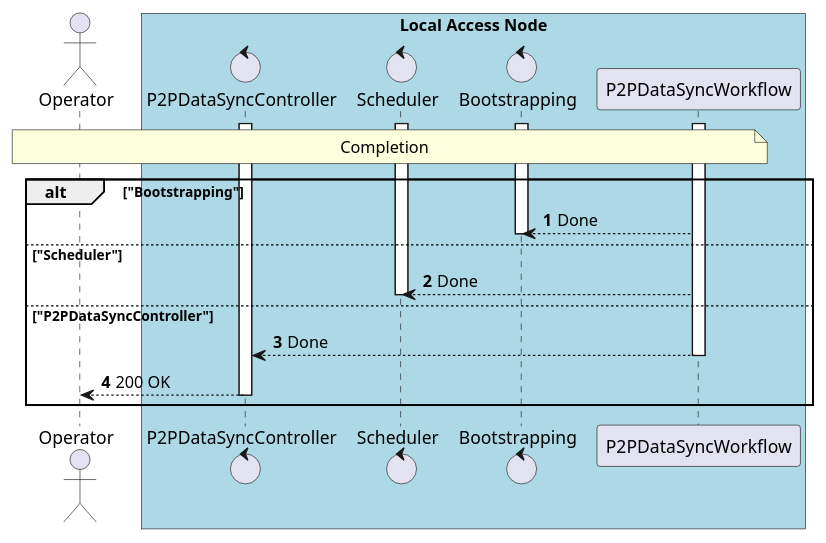
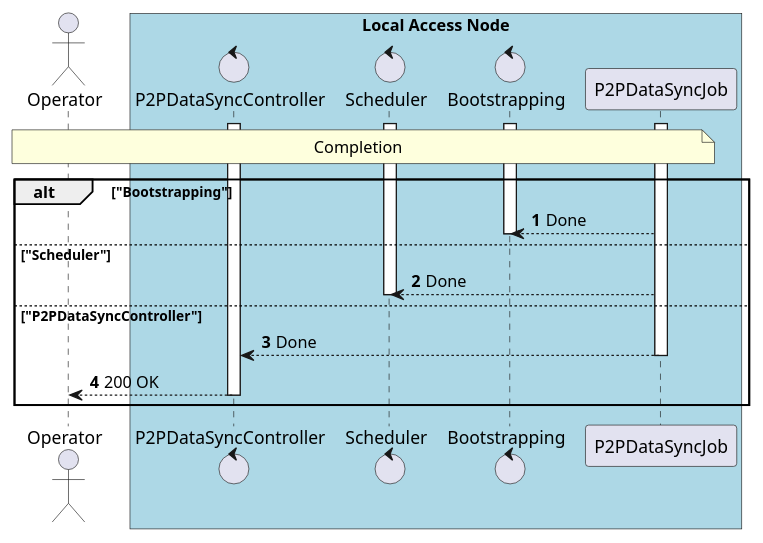
Before and after one commit to in2workspace/in2-guides: the diagram in desmos-tech-doc/diagrams/use-case-data-synchronization-4-completion.puml, drawn with PlantUML. The commit also changed 4 other files, not shown here.

Commit message:
fix(data-syncronization): change p2p data sync workflow to p2p data sync job

```diff
--- a/desmos-tech-doc/diagrams/use-case-data-synchronization-4-completion.puml
+++ b/desmos-tech-doc/diagrams/use-case-data-synchronization-4-completion.puml
@@ -1,44 +1,44 @@
 @startuml
 'https://plantuml.com/sequence-diagram
 
 autonumber
 skinparam BoxPadding 10
 
 ' -------------------- Headers -------------------- '
 
 actor "Operator" as operator
 
 box "Local Access Node" #LightBlue
     control "P2PDataSyncController" as p2p_data_sync_controller
     control "Scheduler" as scheduler
     control "Bootstrapping" as bootstrapping
-    participant "P2PDataSyncWorkflow" as p2p_data_sync_workflow
+    participant "P2PDataSyncJob" as p2p_data_sync_job
 end box
 
 
 ' -------------------- Diagram -------------------- '
 
-activate p2p_data_sync_workflow
+activate p2p_data_sync_job
 activate bootstrapping
 activate scheduler
 activate p2p_data_sync_controller
 
-note over operator, p2p_data_sync_workflow
+note over operator, p2p_data_sync_job
     Completion
 end note
 
 alt "Bootstrapping"
-    p2p_data_sync_workflow --> bootstrapping: Done
+    p2p_data_sync_job --> bootstrapping: Done
     deactivate bootstrapping
 else "Scheduler"
-    p2p_data_sync_workflow --> scheduler: Done
+    p2p_data_sync_job --> scheduler: Done
     deactivate scheduler
 else "P2PDataSyncController"
-    p2p_data_sync_workflow --> p2p_data_sync_controller: Done
-    deactivate p2p_data_sync_workflow
+    p2p_data_sync_job --> p2p_data_sync_controller: Done
+    deactivate p2p_data_sync_job
     p2p_data_sync_controller --> operator: 200 OK
     deactivate p2p_data_sync_controller
 end
 
 
 @enduml
```
